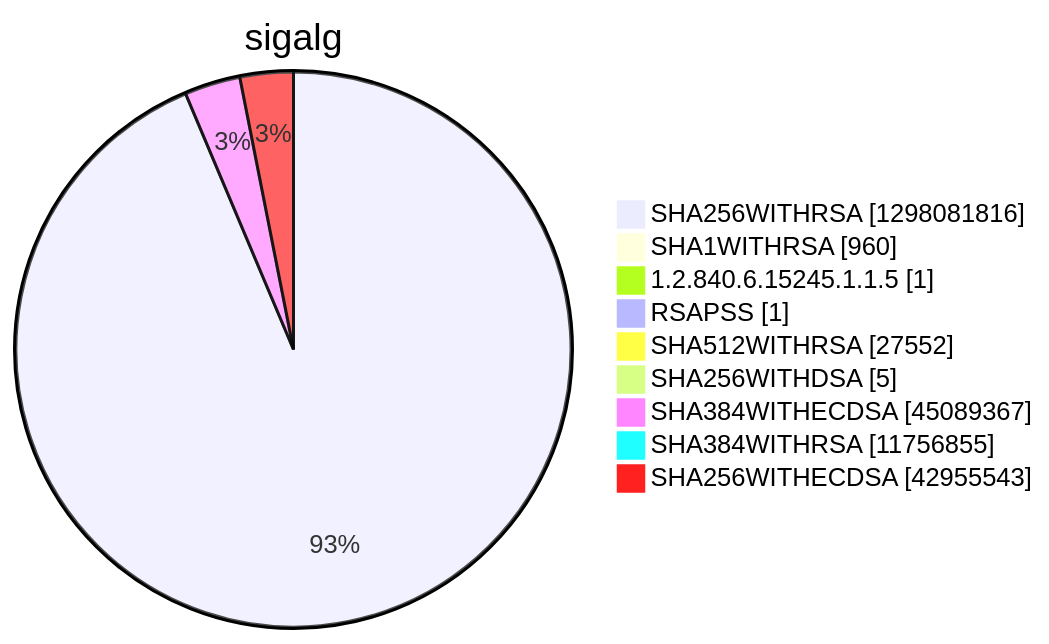
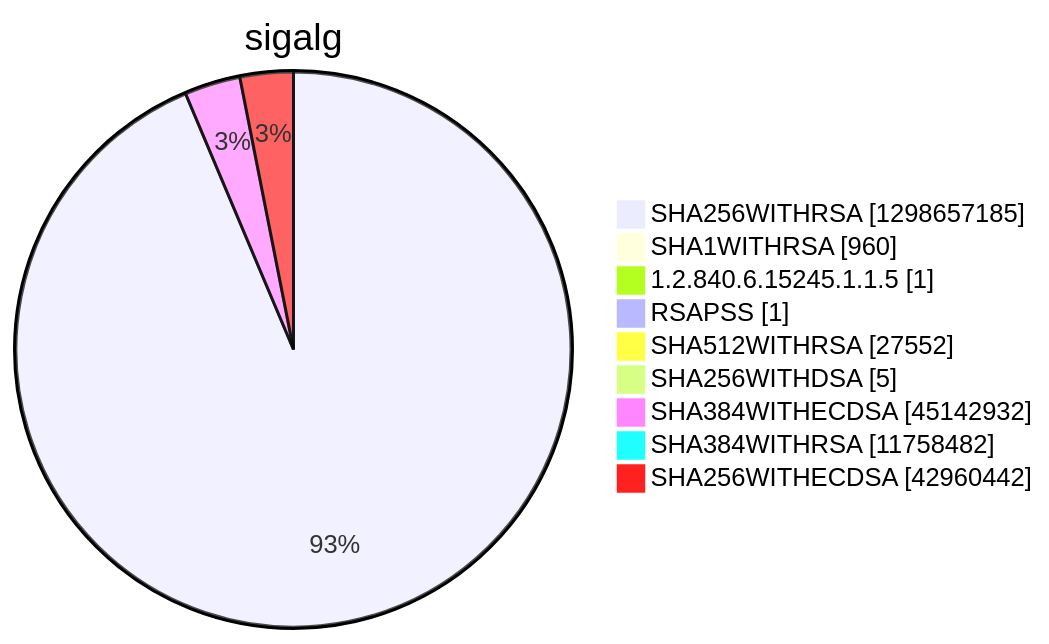
One commit to christiankrug/ctmonitor_visualization changed diagram 15 of 15 in argon2022/README.md. Above: the diagram before and after it, drawn with Mermaid. The commit also changed other lines of this file, not shown here.

````diff
--- a/argon2022/README.md
+++ b/argon2022/README.md
@@ -5523,13 +5523,13 @@
 ```mermaid
 pie showData
 title sigalg
-"SHA256WITHRSA" :1298081816
+"SHA256WITHRSA" :1298657185
 "SHA1WITHRSA" :960
 "1.2.840.6.15245.1.1.5" :1
 "RSAPSS" :1
 "SHA512WITHRSA" :27552
 "SHA256WITHDSA" :5
-"SHA384WITHECDSA" :45089367
-"SHA384WITHRSA" :11756855
-"SHA256WITHECDSA" :42955543
+"SHA384WITHECDSA" :45142932
+"SHA384WITHRSA" :11758482
+"SHA256WITHECDSA" :42960442
 ```
````
